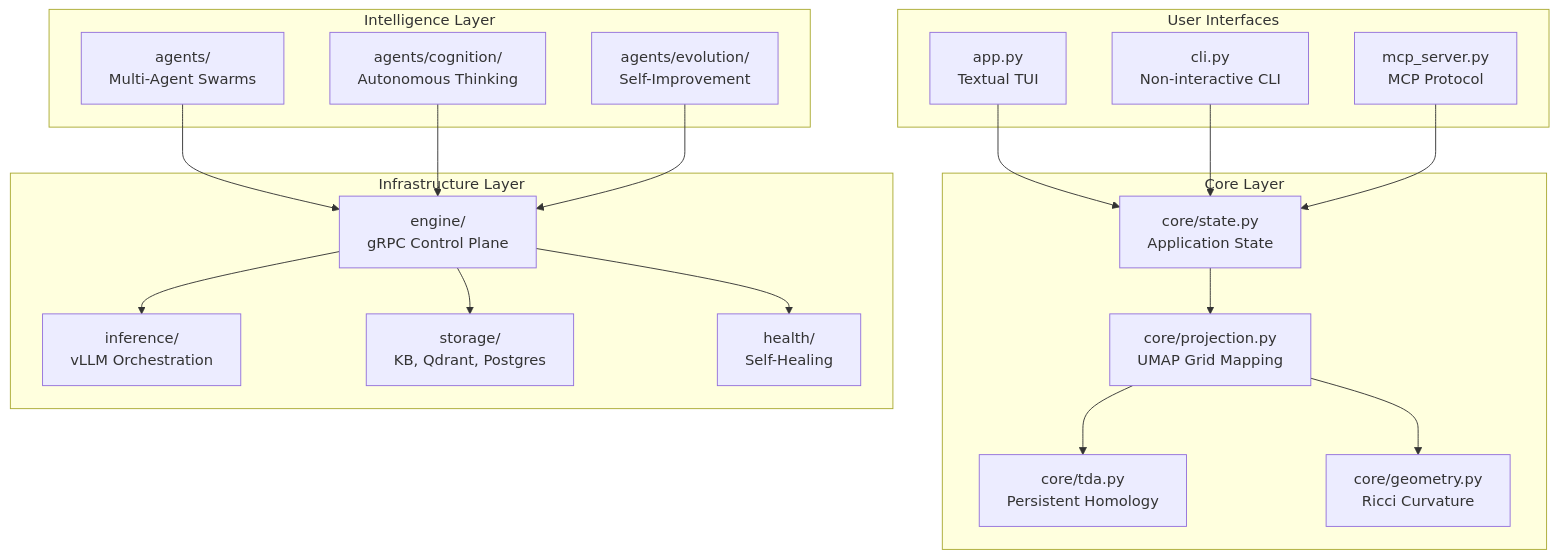
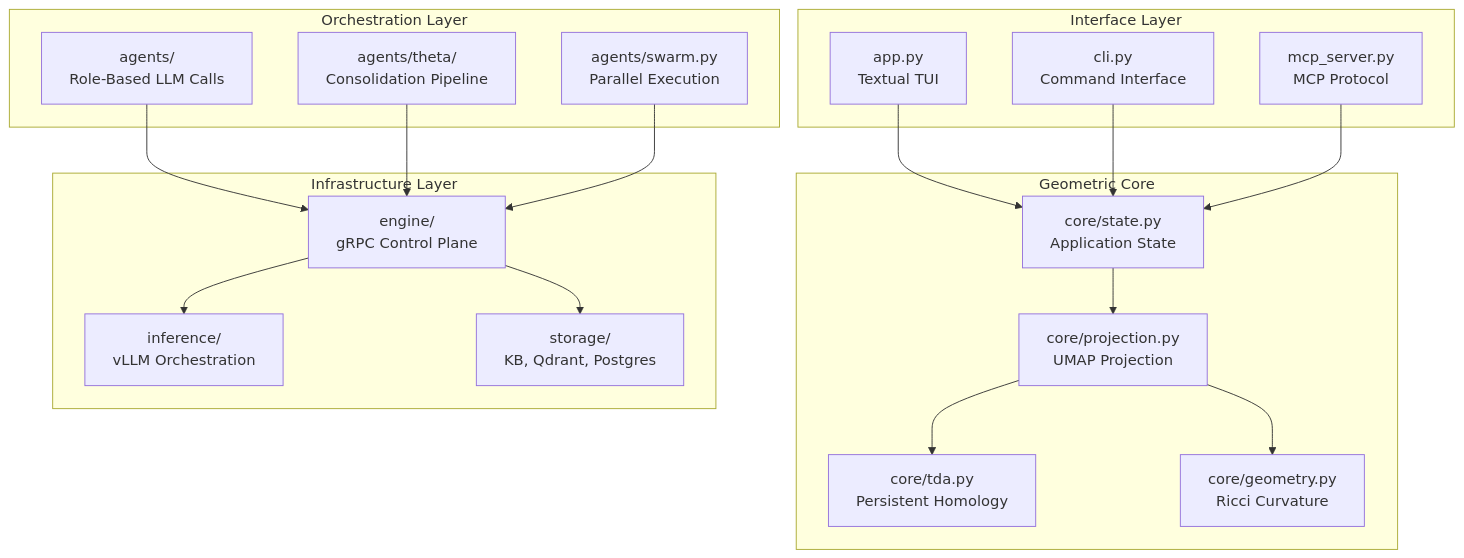
The diagram in src/gaius/README.md (zndx/gaius), drawn with Mermaid before and after one commit. The commit also changed other lines of this file and 8 other files, not shown here.

````diff
--- a/src/gaius/README.md
+++ b/src/gaius/README.md
@@ -7,44 +7,42 @@
 ```mermaid
 graph TB
-    subgraph "User Interfaces"
+    subgraph "Interface Layer"
         TUI[app.py<br/>Textual TUI]
-        CLI[cli.py<br/>Non-interactive CLI]
+        CLI[cli.py<br/>Command Interface]
         MCP[mcp_server.py<br/>MCP Protocol]
     end
 
-    subgraph "Core Layer"
+    subgraph "Geometric Core"
         STATE[core/state.py<br/>Application State]
-        PROJ[core/projection.py<br/>UMAP Grid Mapping]
+        PROJ[core/projection.py<br/>UMAP Projection]
         TDA[core/tda.py<br/>Persistent Homology]
         GEOM[core/geometry.py<br/>Ricci Curvature]
     end
 
-    subgraph "Intelligence Layer"
-        AGENTS[agents/<br/>Multi-Agent Swarms]
-        COG[agents/cognition/<br/>Autonomous Thinking]
-        EVOL[agents/evolution/<br/>Self-Improvement]
+    subgraph "Orchestration Layer"
+        AGENTS[agents/<br/>Role-Based LLM Calls]
+        THETA[agents/theta/<br/>Consolidation Pipeline]
+        SWARM[agents/swarm.py<br/>Parallel Execution]
     end
 
     subgraph "Infrastructure Layer"
         ENGINE[engine/<br/>gRPC Control Plane]
         INF[inference/<br/>vLLM Orchestration]
         STORE[storage/<br/>KB, Qdrant, Postgres]
-        HEALTH[health/<br/>Self-Healing]
     end
 
     TUI --> STATE
     CLI --> STATE
     MCP --> STATE
 
     STATE --> PROJ
     PROJ --> TDA
     PROJ --> GEOM
 
     AGENTS --> ENGINE
-    COG --> ENGINE
-    EVOL --> ENGINE
+    THETA --> ENGINE
+    SWARM --> ENGINE
 
     ENGINE --> INF
     ENGINE --> STORE
-    ENGINE --> HEALTH
 ```
````
